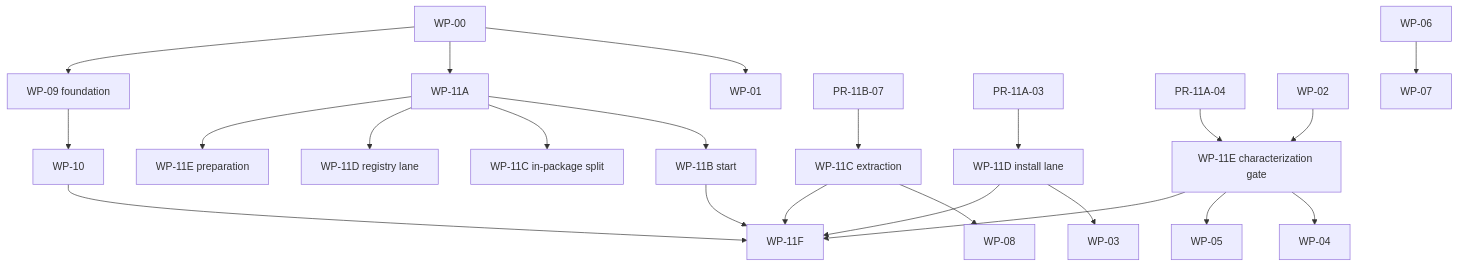
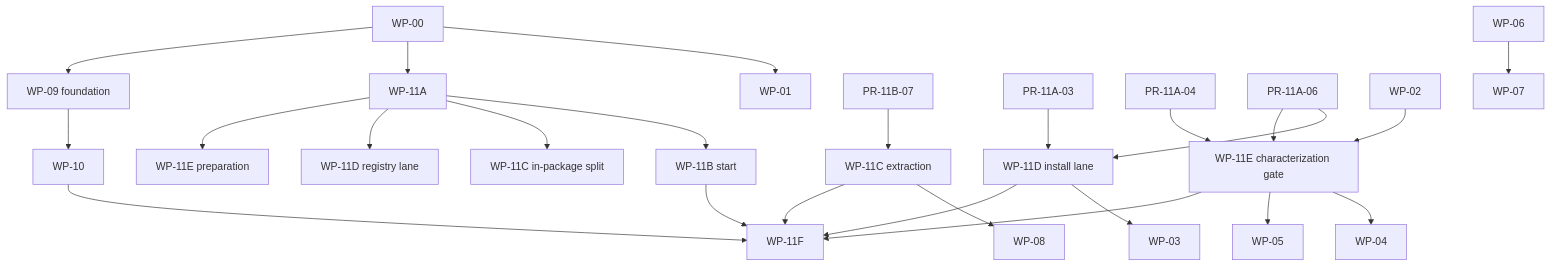
Before and after one commit to applicate2628/mcp-local-hub: the diagram in docs/modernization/roadmap.md, drawn with Mermaid. The commit also changed other lines of this file and 5 other files, not shown here.

Commit message:
docs(modernization): close machine-roadmap review gaps

````diff
--- a/docs/modernization/roadmap.md
+++ b/docs/modernization/roadmap.md
@@ -50,25 +50,27 @@
 ```mermaid
 graph TD
     W0[WP-00] --> W1[WP-01]
     W0 --> A[WP-11A]
     W0 --> W9[WP-09 foundation]
     A --> B[WP-11B start]
     A --> C0[WP-11C in-package split]
     A --> D0[WP-11D registry lane]
     A --> E0[WP-11E preparation]
     B7[PR-11B-07] --> C1[WP-11C extraction]
     A3[PR-11A-03] --> D1[WP-11D install lane]
     A4[PR-11A-04] --> E1[WP-11E characterization gate]
+    A6[PR-11A-06] --> D1
+    A6 --> E1
     W2[WP-02] --> E1
     C1 --> W8[WP-08]
     D1 --> W3[WP-03]
     E1 --> W4[WP-04]
     E1 --> W5[WP-05]
     W6[WP-06] --> W7[WP-07]
     W9 --> W10[WP-10]
     B --> F[WP-11F]
     C1 --> F
     D1 --> F
     E1 --> F
     W10 --> F
 ```
````
